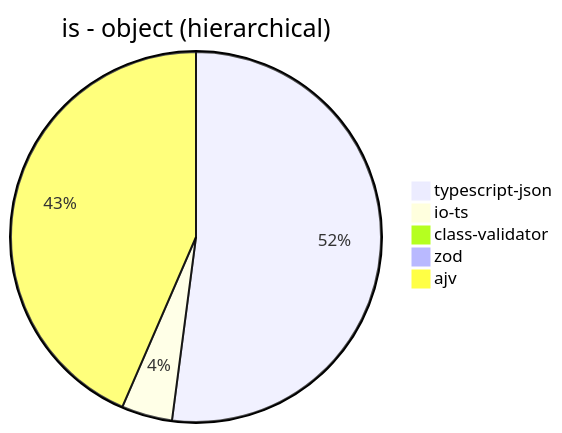
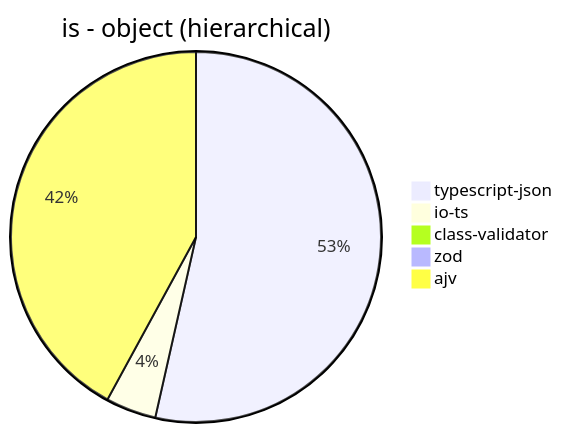
Before and after one commit to samchon/typia: the first of 40 diagrams in benchmark/results/AMD Ryzen 7 5800H with Radeon Graphics.md, drawn with Mermaid. The commit also changed other lines of this file and 4 other files, not shown here.

````diff
--- a/benchmark/results/AMD Ryzen 7 5800H with Radeon Graphics.md
+++ b/benchmark/results/AMD Ryzen 7 5800H with Radeon Graphics.md
@@ -21,8 +21,8 @@
 ```mermaid
 pie title is - object (hierarchical)
-  "typescript-json": 105018.20804038219
-  "io-ts": 8947.152294233172
-  "class-validator": 62.647969404480065
-  "zod": 426.1384672343576
-  "ajv": 87703.76402461094
+  "typescript-json": 109854.2795232936
+  "io-ts": 9039.522058823528
+  "class-validator": 58.27067669172932
+  "zod": 395.855472901169
+  "ajv": 86310.66545123063
 ```
````
